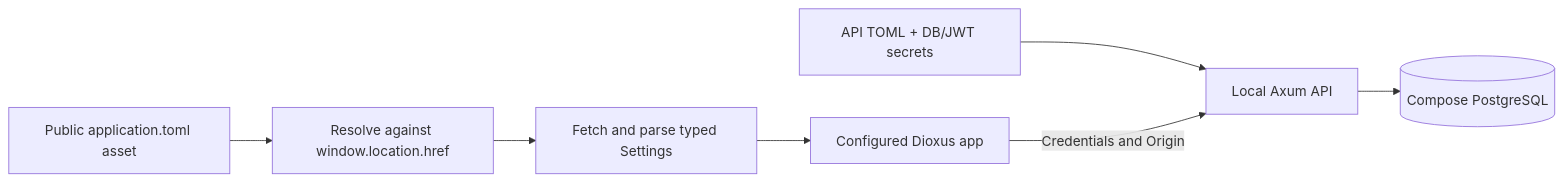
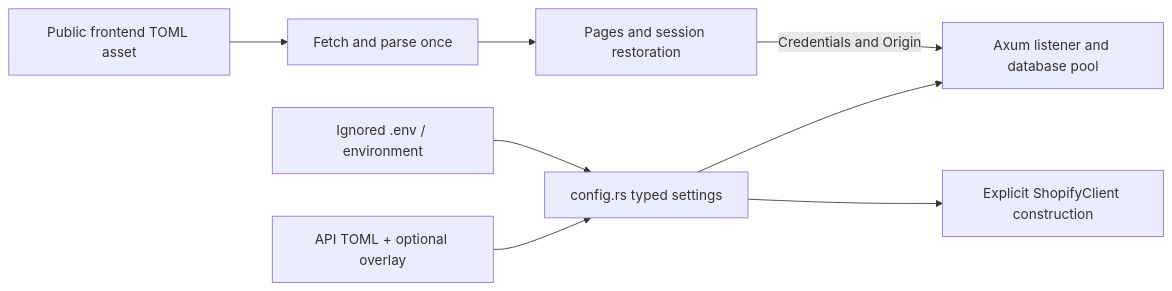
Before and after one commit to enzumeii/monolith: the diagram in docs/development.md, drawn with Mermaid. The commit also changed other lines of this file and 4 other files, not shown here.

````diff
--- a/docs/development.md
+++ b/docs/development.md
@@ -26,9 +23,10 @@
 ```mermaid
 flowchart LR
-    OP["API TOML + DB/JWT secrets"] --> API["Local Axum API"]
-    FILE["Public application.toml asset"] --> URL["Resolve against window.location.href"]
-    URL --> LOAD["Fetch and parse typed Settings"]
-    LOAD --> UI["Configured Dioxus app"]
+    TOML["API TOML + optional overlay"] --> SETTINGS["config.rs typed settings"]
+    SECRETS["Ignored .env / environment"] --> SETTINGS
+    SETTINGS --> API["Axum listener and database pool"]
+    SETTINGS --> CLIENT["Explicit ShopifyClient construction"]
+    ASSET["Public frontend TOML asset"] --> LOADER["Fetch and parse once"]
+    LOADER --> UI["Pages and session restoration"]
     UI -->|"Credentials and Origin"| API
-    API --> PG[("Compose PostgreSQL")]
 ```
````
